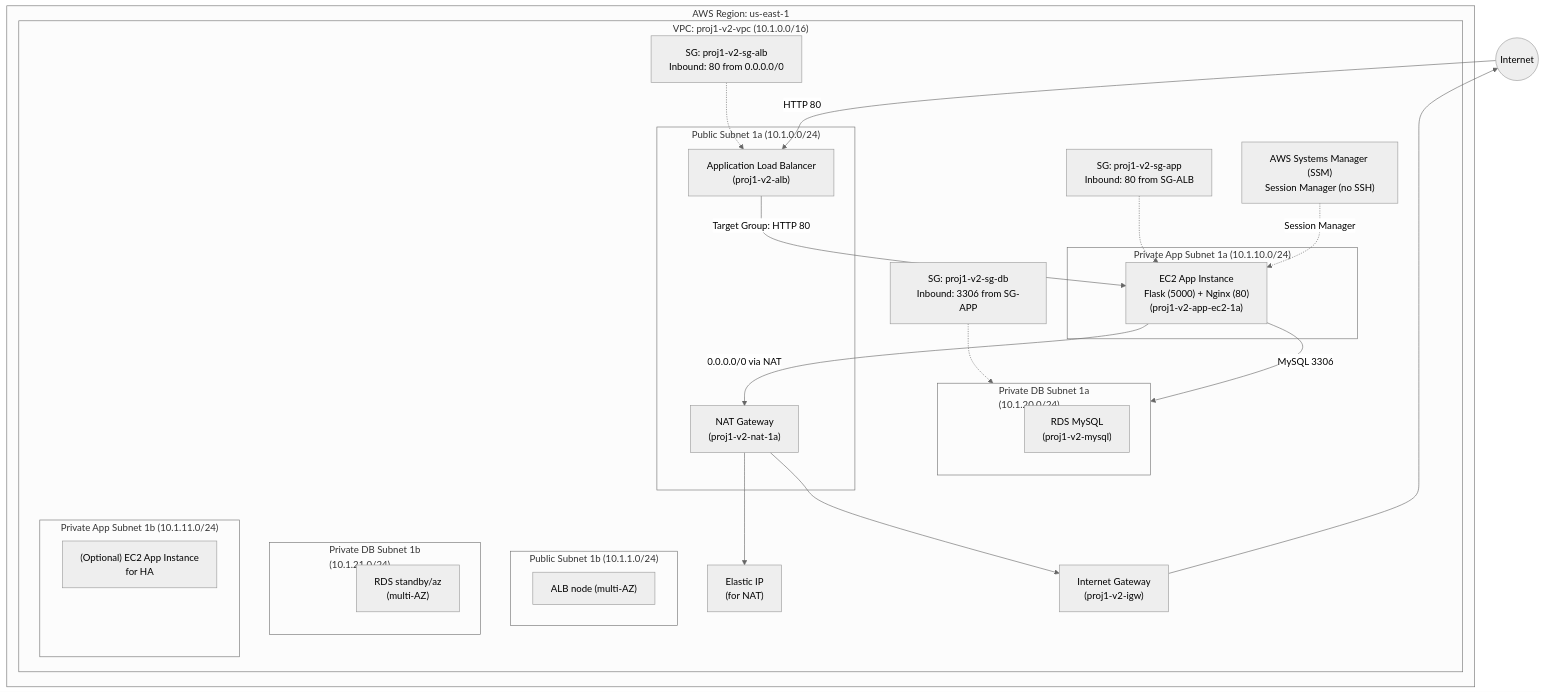
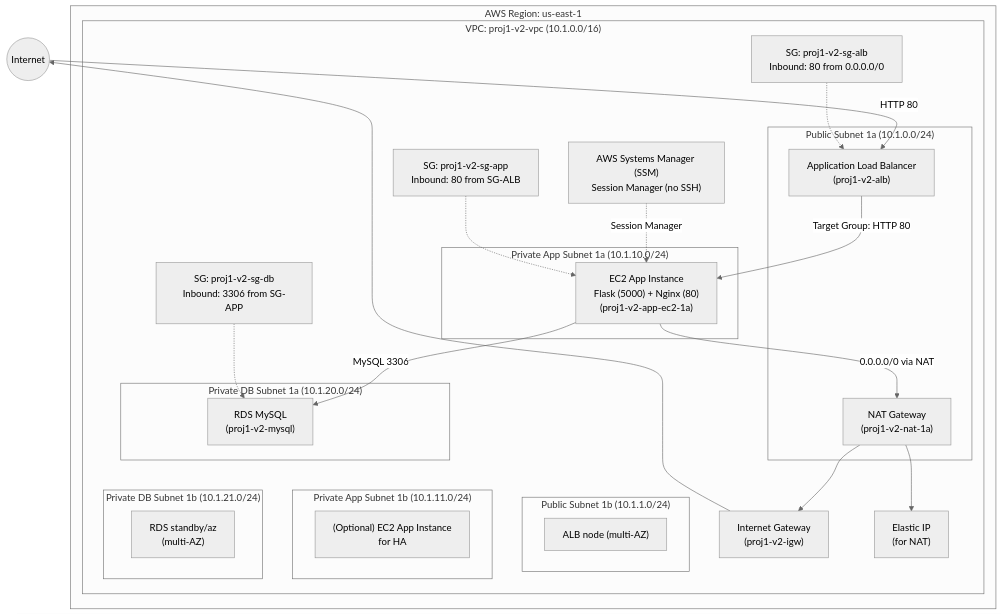
Before and after one commit to samsyl916/aws-3tier-vpc-ec2-rds-mysql: the diagram in docs/diagram/architecture.mmd, drawn with Mermaid (neutral theme).

```diff
--- a/docs/diagram/architecture.mmd
+++ b/docs/diagram/architecture.mmd
@@ -1,85 +1,76 @@
 flowchart TB
   %% =========================
   %% AWS 3-Tier (ALB -> EC2 -> RDS) + SSM
   %% Region: us-east-1
   %% =========================
 
   Internet((Internet))
 
   subgraph AWS["AWS Region: us-east-1"]
     subgraph VPC["VPC: proj1-v2-vpc (10.1.0.0/16)"]
 
       %% ---------- Public Tier ----------
       subgraph PublicAZA["Public Subnet 1a (10.1.0.0/24)"]
         ALB["Application Load Balancer\n(proj1-v2-alb)"]
         NAT["NAT Gateway\n(proj1-v2-nat-1a)"]
       end
 
       subgraph PublicAZB["Public Subnet 1b (10.1.1.0/24)"]
         ALB2["ALB node (multi-AZ)"]
       end
 
       IGW["Internet Gateway\n(proj1-v2-igw)"]
       EIP["Elastic IP\n(for NAT)"]
 
       %% ---------- App Tier ----------
       subgraph AppAZA["Private App Subnet 1a (10.1.10.0/24)"]
         EC2A["EC2 App Instance\nFlask (5000) + Nginx (80)\n(proj1-v2-app-ec2-1a)"]
       end
 
       subgraph AppAZB["Private App Subnet 1b (10.1.11.0/24)"]
         EC2B["(Optional) EC2 App Instance\nfor HA"]
       end
 
       %% ---------- DB Tier ----------
       classDef spacer fill:transparent,stroke:transparent,color:transparent;
+      subgraph DBAZA["Private DB Subnet 1a (10.1.20.0/24)"]
+        dbspacer1[" "]:::spacer
+        RDSA["RDS MySQL\n(proj1-v2-mysql)"]
+      end
 
-subgraph DBAZA["Private DB Subnet 1a<br/>(10.1.20.0/24)"]
-  direction TB
-  dbspacer1[" "]:::spacer
-  RDSA["RDS MySQL<br/>(proj1-v2-mysql)"]
-end
-
-subgraph DBAZB["Private DB Subnet 1b<br/>(10.1.21.0/24)"]
-  direction TB
-  dbspacer2[" "]:::spacer
-  RDSB["RDS standby/az<br/>(multi-AZ)"]
-end
-
-subgraph AppAZB["Private App Subnet 1b<br/>(10.1.11.0/24)"]
-  direction TB
-  appspacer2[" "]:::spacer
-  EC2B["(Optional) EC2 App Instance<br/>for HA"]
-end
+      subgraph DBAZB["Private DB Subnet 1b (10.1.21.0/24)"]
+        dbspacer1[" "]:::spacer
+        RDSB["RDS standby/az\n(multi-AZ)"]
+      end
 
       %% ---------- Security Groups ----------
       SGALB["SG: proj1-v2-sg-alb\nInbound: 80 from 0.0.0.0/0"]
       SGAPP["SG: proj1-v2-sg-app\nInbound: 80 from SG-ALB"]
       SGDB["SG: proj1-v2-sg-db\nInbound: 3306 from SG-APP"]
 
       %% ---------- SSM ----------
       SSM["AWS Systems Manager (SSM)\nSession Manager (no SSH)"]
 
     end
   end
 
   %% =========================
   %% Flows
   %% =========================
   Internet -->|HTTP 80| ALB
   ALB -->|Target Group: HTTP 80| EC2A
   EC2A -->|MySQL 3306| RDSA
 
   %% NAT / egress
   EC2A -->|0.0.0.0/0 via NAT| NAT
   NAT --> EIP
   NAT --> IGW
   IGW --> Internet
 
   %% SSM access (control plane)
   SSM -.->|Session Manager| EC2A
 
   %% Security group associations (logical)
   SGALB -.-> ALB
   SGAPP -.-> EC2A
   SGDB  -.-> RDSA
```
